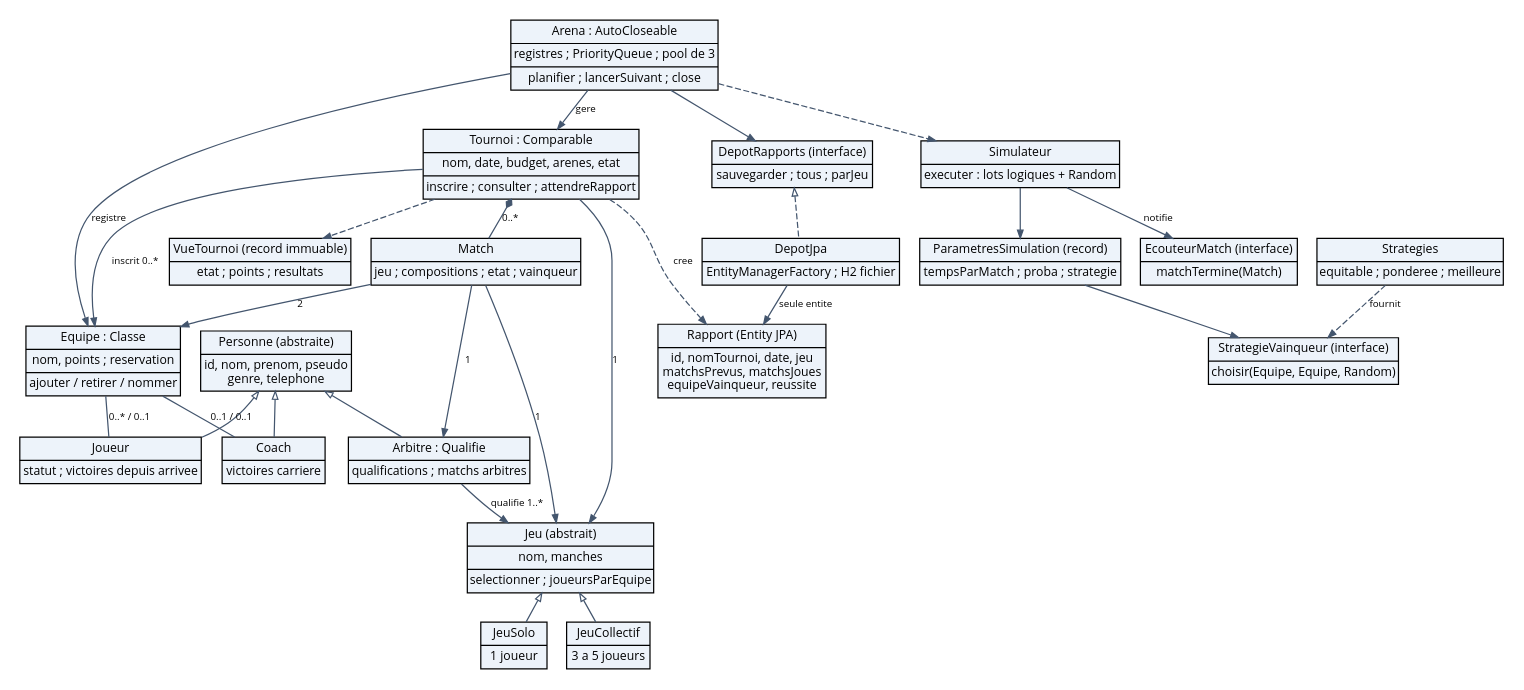
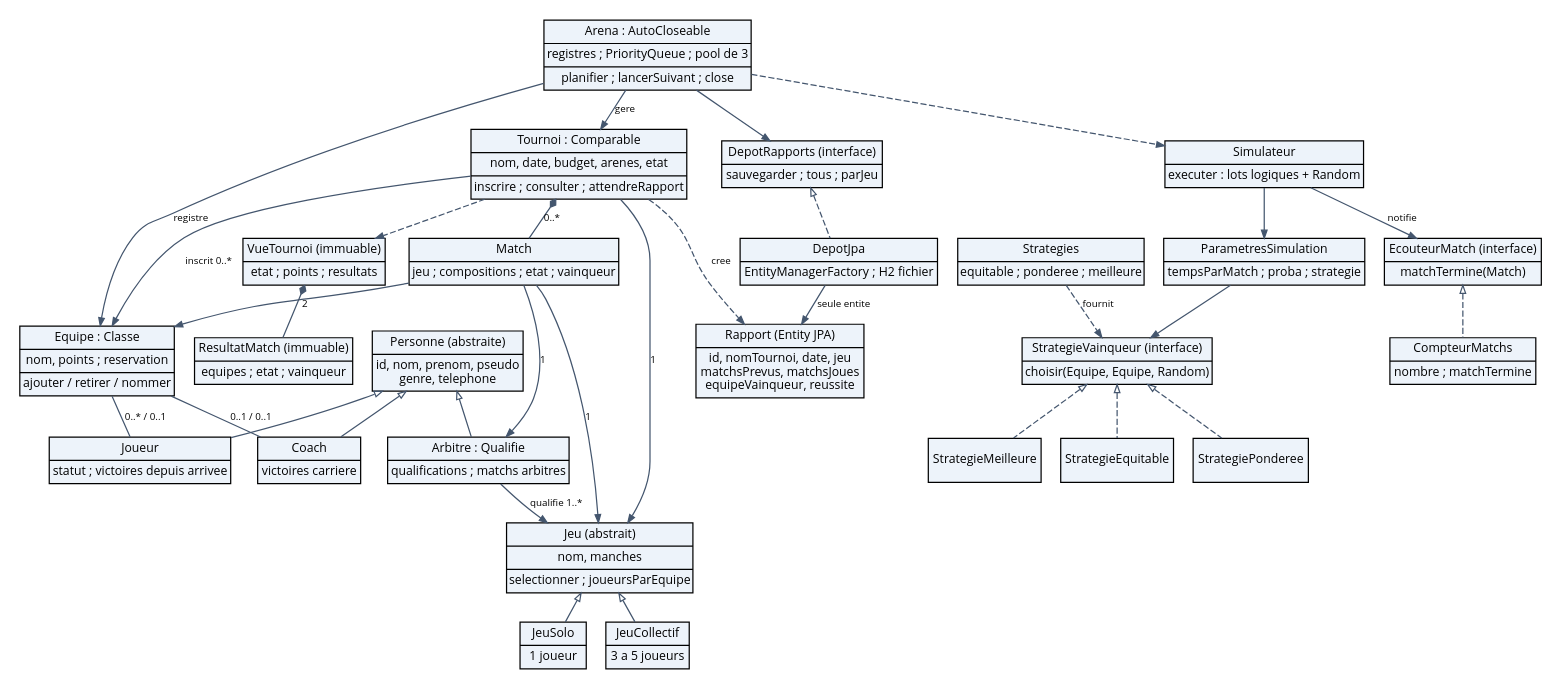
One commit to TomGrpt/POO changed the diagram in docs/classes.dot. Above: the diagram before and after it, drawn with Graphviz. The commit also changed 42 other files, not shown here.

```diff
--- a/docs/classes.dot
+++ b/docs/classes.dot
@@ -1,36 +1,46 @@
 digraph UML {
  graph [rankdir=TB, bgcolor="white", nodesep=0.22, ranksep=0.3, pad=0.12];
  node [shape=record, style=filled, fillcolor="#edf3fa", fontname="Open Sans", fontsize=10, margin="0.07,0.05"];
  edge [fontname="Open Sans", fontsize=8, color="#44566e", arrowsize=0.65];
  Personne [label="{Personne (abstraite)|id, nom, prenom, pseudo\ngenre, telephone}"];
  Joueur [label="{Joueur|statut ; victoires depuis arrivee}"]; Coach [label="{Coach|victoires carriere}"];
  Arbitre [label="{Arbitre : Qualifie|qualifications ; matchs arbitres}"];
  Equipe [label="{Equipe : Classe|nom, points ; reservation|ajouter / retirer / nommer}"];
  Jeu [label="{Jeu (abstrait)|nom, manches|selectionner ; joueursParEquipe}"];
  JeuSolo [label="{JeuSolo|1 joueur}"]; JeuCollectif [label="{JeuCollectif|3 a 5 joueurs}"];
  Tournoi [label="{Tournoi : Comparable|nom, date, budget, arenes, etat|inscrire ; consulter ; attendreRapport}"];
  Match [label="{Match|jeu ; compositions ; etat ; vainqueur}"];
  Arena [label="{Arena : AutoCloseable|registres ; PriorityQueue ; pool de 3|planifier ; lancerSuivant ; close}"];
  Rapport [label="{Rapport (Entity JPA)|id, nomTournoi, date, jeu\nmatchsPrevus, matchsJoues\nequipeVainqueur, reussite}"];
  DepotRapports [label="{DepotRapports (interface)|sauvegarder ; tous ; parJeu}"];
  DepotJpa [label="{DepotJpa|EntityManagerFactory ; H2 fichier}"];
  Simulateur [label="{Simulateur|executer : lots logiques + Random}"];
  Strategie [label="{StrategieVainqueur (interface)|choisir(Equipe, Equipe, Random)}"];
  Strategies [label="{Strategies|equitable ; ponderee ; meilleure}"];
  Observer [label="{EcouteurMatch (interface)|matchTermine(Match)}"];
- Parametres [label="{ParametresSimulation (record)|tempsParMatch ; proba ; strategie}"];
- Vue [label="{VueTournoi (record immuable)|etat ; points ; resultats}"];
+ Parametres [label="{ParametresSimulation|tempsParMatch ; proba ; strategie}"];
+ Vue [label="{VueTournoi (immuable)|etat ; points ; resultats}"];
  {rank=same; Joueur; Coach; Arbitre;}
  {rank=same; JeuSolo; JeuCollectif;}
  Personne -> Joueur [dir=back,arrowtail=empty]; Personne -> Coach [dir=back,arrowtail=empty]; Personne -> Arbitre [dir=back,arrowtail=empty];
  Equipe -> Joueur [label="0..* / 0..1",arrowhead=none]; Equipe -> Coach [label="0..1 / 0..1",arrowhead=none];
  Jeu -> JeuSolo [dir=back,arrowtail=empty]; Jeu -> JeuCollectif [dir=back,arrowtail=empty];
  Arbitre -> Jeu [label="qualifie 1..*"];
  Arena -> Tournoi [label="gere"]; Arena -> Equipe [label="registre"]; Arena -> DepotRapports;
  Tournoi -> Equipe [label="inscrit 0..*"]; Tournoi -> Match [label="0..*",dir=both,arrowtail=diamond,arrowhead=none];
  Tournoi -> Jeu [label="1"]; Match -> Arbitre [label="1"]; Match -> Equipe [label="2"]; Match -> Jeu [label="1"];
  Tournoi -> Rapport [style=dashed,label="cree"]; Tournoi -> Vue [style=dashed];
  DepotRapports -> DepotJpa [dir=back,arrowtail=empty,style=dashed]; DepotJpa -> Rapport [label="seule entite"];
  Arena -> Simulateur [style=dashed]; Simulateur -> Parametres; Parametres -> Strategie;
  Strategies -> Strategie [style=dashed,label="fournit"]; Simulateur -> Observer [label="notifie"];
+ StrategieEquitable [label="StrategieEquitable"];
+ StrategiePonderee [label="StrategiePonderee"];
+ StrategieMeilleure [label="StrategieMeilleure"];
+ CompteurMatchs [label="{CompteurMatchs|nombre ; matchTermine}"];
+ ResultatMatch [label="{ResultatMatch (immuable)|equipes ; etat ; vainqueur}"];
+ Strategie -> StrategieEquitable [dir=back,arrowtail=empty,style=dashed];
+ Strategie -> StrategiePonderee [dir=back,arrowtail=empty,style=dashed];
+ Strategie -> StrategieMeilleure [dir=back,arrowtail=empty,style=dashed];
+ Observer -> CompteurMatchs [dir=back,arrowtail=empty,style=dashed];
+ Vue -> ResultatMatch [dir=both,arrowtail=diamond,arrowhead=none];
 }
```
